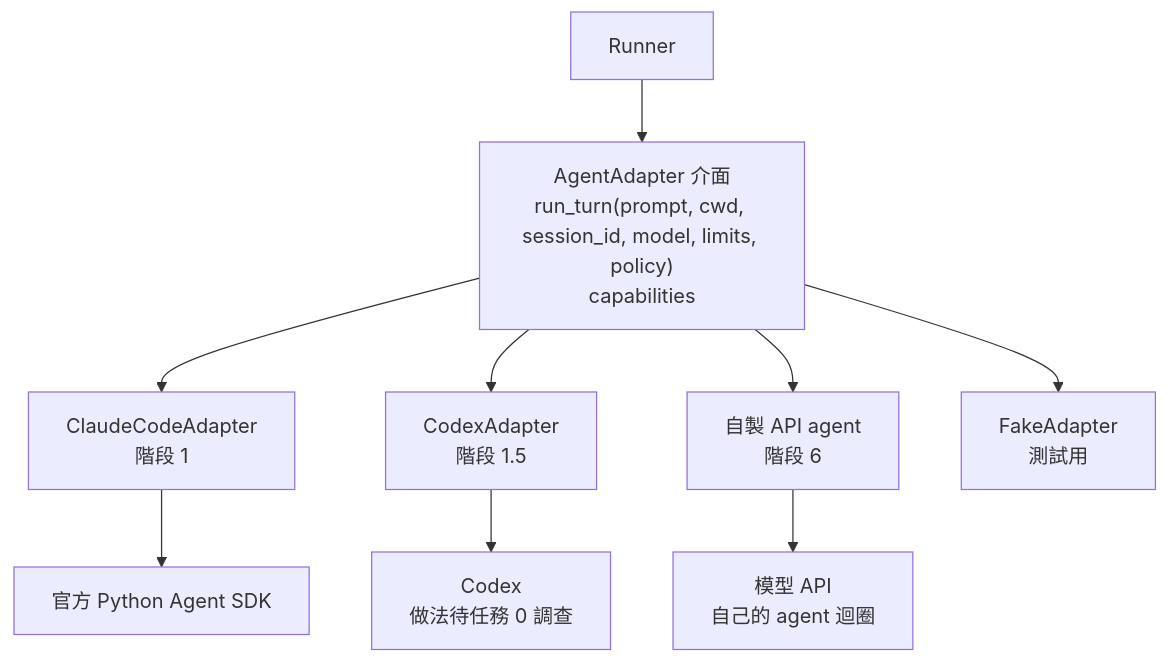
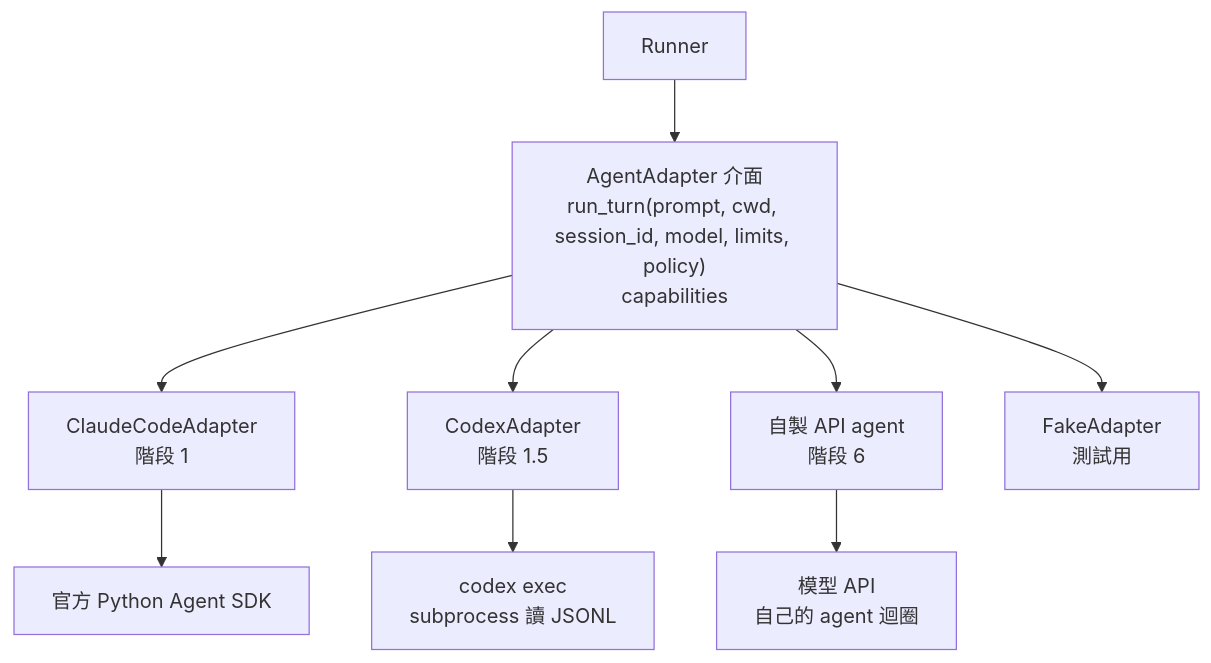
The third of 18 diagrams in docs/06-diagrams.md (ppoozine/agent-supervisor), drawn with Mermaid before and after one commit. The commit also changed other lines of this file and 6 other files, not shown here.

````diff
--- a/docs/06-diagrams.md
+++ b/docs/06-diagrams.md
@@ -128,16 +128,16 @@
 ```mermaid
 flowchart TD
     runner["Runner"]
     iface["AgentAdapter 介面<br/>run_turn(prompt, cwd, session_id, model, limits, policy)<br/>capabilities"]
 
     runner --> iface
 
     iface --> claude["ClaudeCodeAdapter<br/>階段 1"]
     iface --> codex["CodexAdapter<br/>階段 1.5"]
     iface --> custom["自製 API agent<br/>階段 6"]
     iface --> fake["FakeAdapter<br/>測試用"]
 
     claude --> sdk["官方 Python Agent SDK"]
-    codex --> codexcli["Codex<br/>做法待任務 0 調查"]
+    codex --> codexcli["codex exec<br/>subprocess 讀 JSONL"]
     custom --> modelapi["模型 API<br/>自己的 agent 迴圈"]
 ```
````
